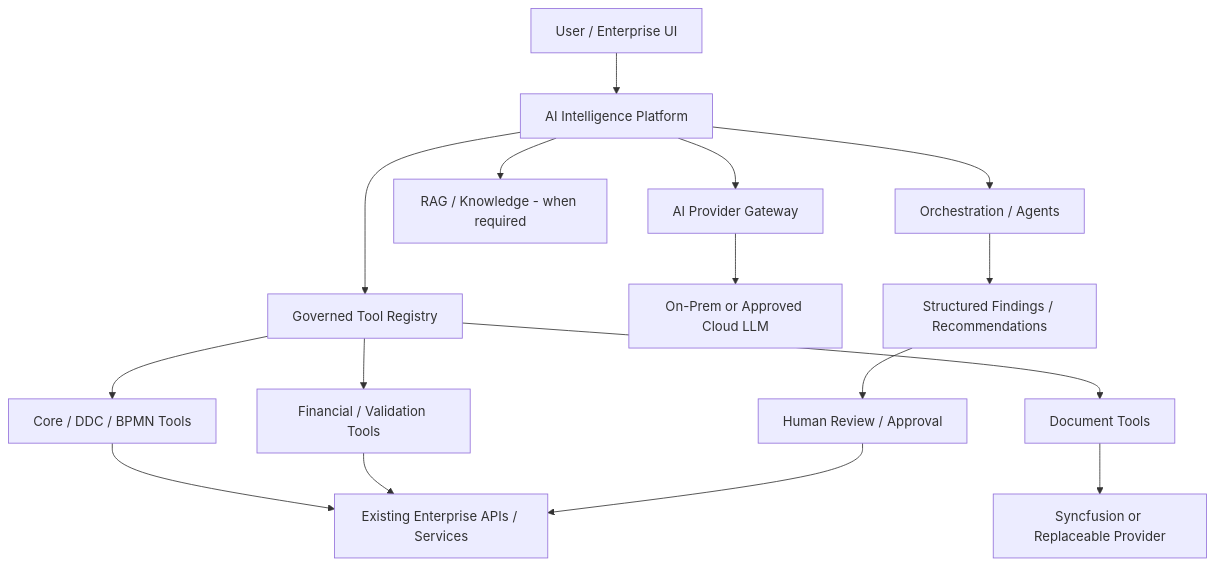
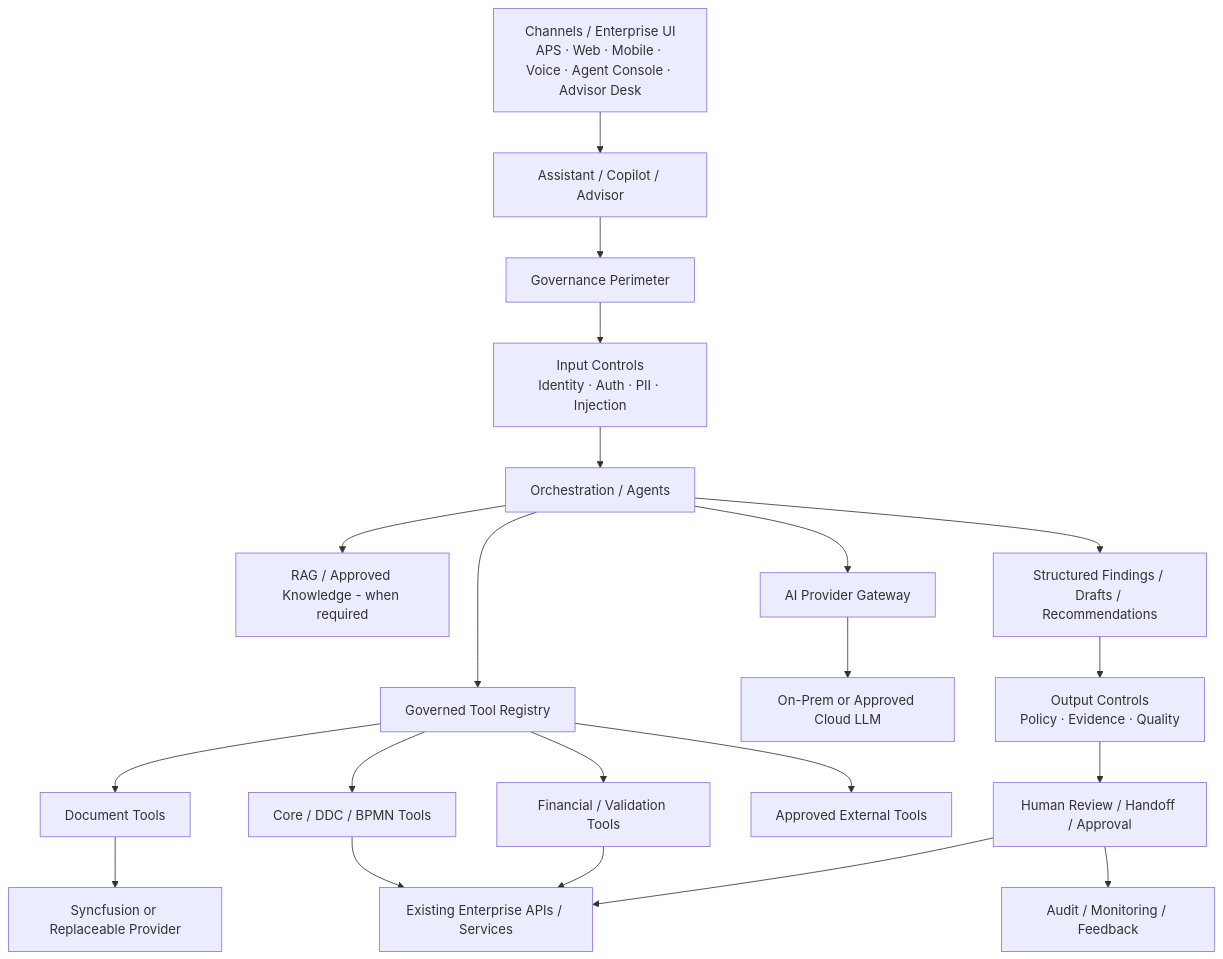
One commit to Milancho/ai-engineering-playbook changed the fifth of 15 diagrams in docs/AI-Intelligence-Platform-Overview.md. Above: the diagram before and after it, drawn with Mermaid. The commit also changed other lines of this file, not shown here.

Commit message:
docs: refine big picture with connected Assistant Copilot Advisor model

````diff
--- a/docs/AI-Intelligence-Platform-Overview.md
+++ b/docs/AI-Intelligence-Platform-Overview.md
@@ -70,22 +120,28 @@
 ```mermaid
 flowchart TB
-    U[User / Enterprise UI] --> P[AI Intelligence Platform]
-    P --> O[Orchestration / Agents]
-    P --> T[Governed Tool Registry]
-    P --> K[RAG / Knowledge - when required]
-    P --> M[AI Provider Gateway]
+    CH[Channels / Enterprise UI<br/>APS · Web · Mobile · Voice · Agent Console · Advisor Desk] --> EXP[Assistant / Copilot / Advisor]
+    EXP --> GP[Governance Perimeter]
 
-    T --> D[Document Tools]
-    T --> C[Core / DDC / BPMN Tools]
-    T --> F[Financial / Validation Tools]
+    GP --> IN[Input Controls<br/>Identity · Auth · PII · Injection]
+    IN --> O[Orchestration / Agents]
+    O --> T[Governed Tool Registry]
+    O --> K[RAG / Approved Knowledge - when required]
+    O --> M[AI Provider Gateway]
 
-    D --> S[Syncfusion or Replaceable Provider]
-    C --> E[Existing Enterprise APIs / Services]
-    F --> E
+    T --> DOC[Document Tools]
+    T --> CORE[Core / DDC / BPMN Tools]
+    T --> FIN[Financial / Validation Tools]
+    T --> EXT[Approved External Tools]
+
+    DOC --> SF[Syncfusion or Replaceable Provider]
+    CORE --> ES[Existing Enterprise APIs / Services]
+    FIN --> ES
 
     M --> L[On-Prem or Approved Cloud LLM]
 
-    O --> R[Structured Findings / Recommendations]
-    R --> H[Human Review / Approval]
-    H --> E
+    O --> OUT[Structured Findings / Drafts / Recommendations]
+    OUT --> OG[Output Controls<br/>Policy · Evidence · Quality]
+    OG --> H[Human Review / Handoff / Approval]
+    H --> ES
+    H --> AUDIT[Audit / Monitoring / Feedback]
 ```
````
